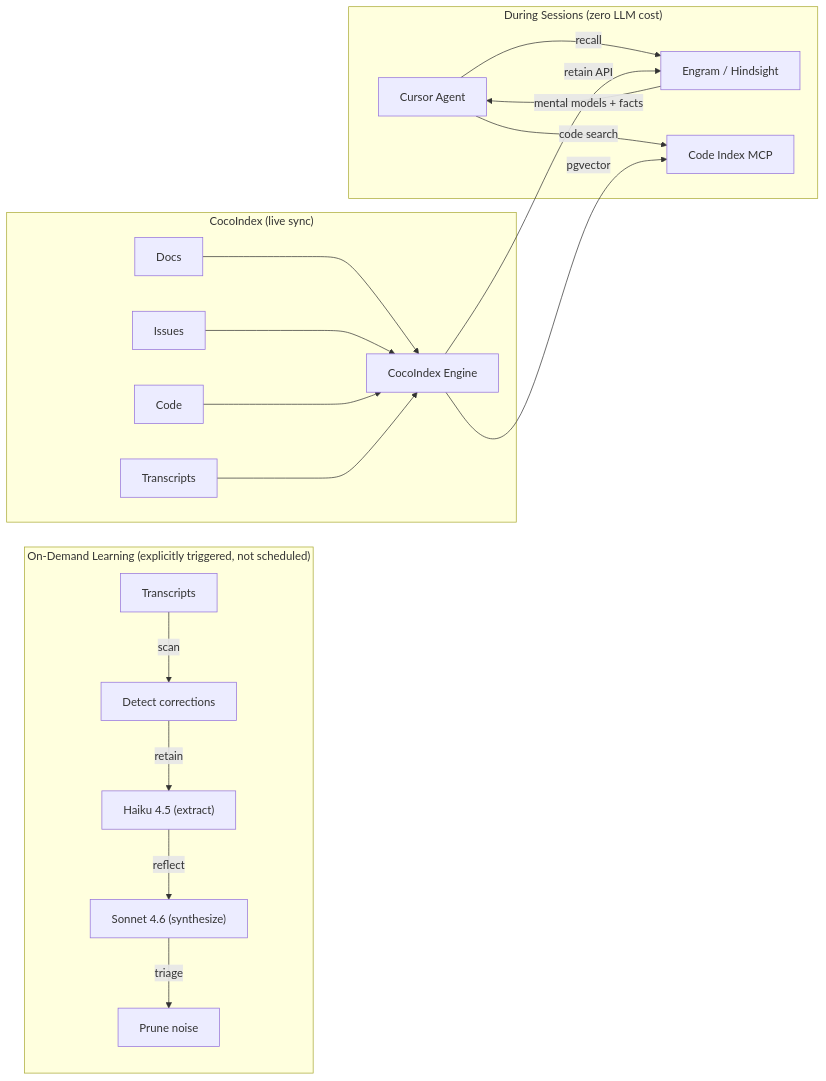
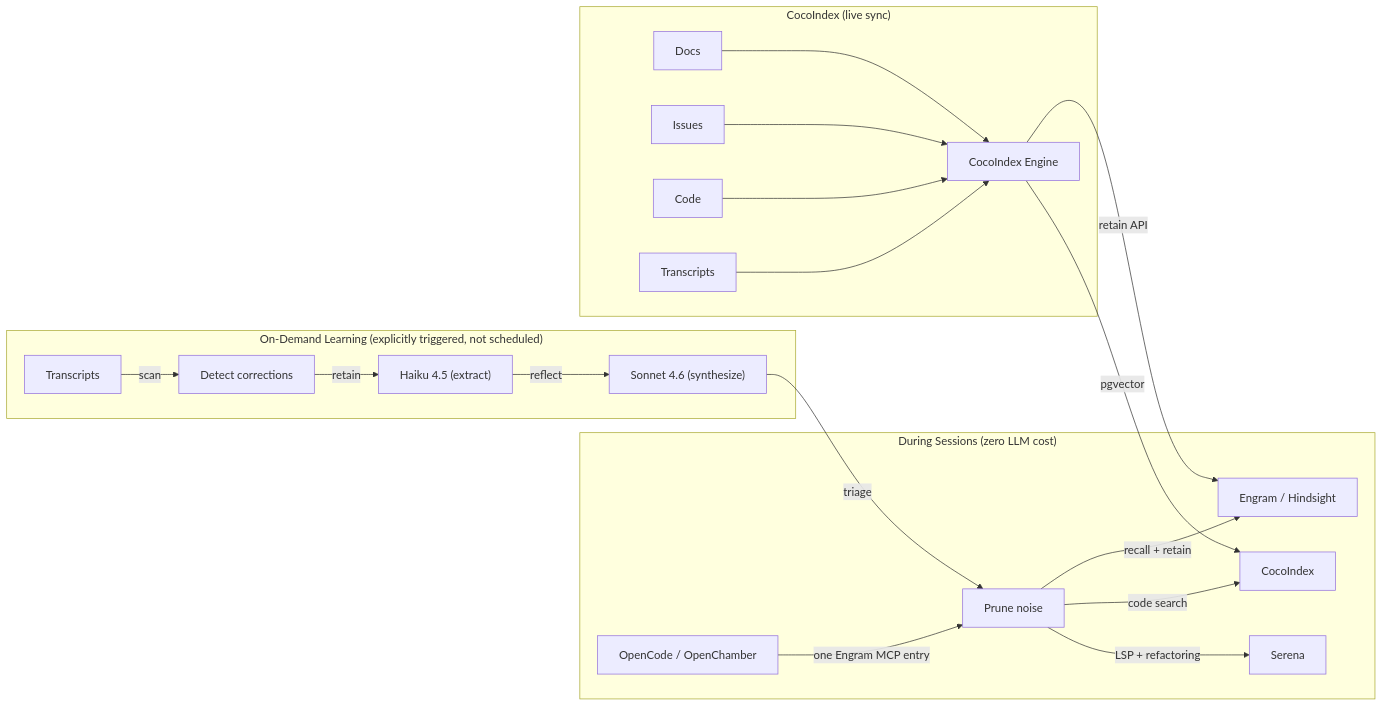
The first of 2 diagrams in README.md (jordigilh/engram), drawn with Mermaid before and after one commit. The commit also changed other lines of this file and 1 other file, not shown here.

Commit message:
docs: make OpenCode integration primary

````diff
--- a/README.md
+++ b/README.md
@@ -22,24 +22,25 @@
 ```mermaid
 flowchart LR
     subgraph session["During Sessions (zero LLM cost)"]
-        A[Cursor Agent] -->|recall| B[Engram / Hindsight]
-        B -->|"mental models + facts"| A
-        A -->|code search| CI_MCP[Code Index MCP]
+        A[OpenCode / OpenChamber] -->|one Engram MCP entry| G[Engram Gateway]
+        G -->|recall + retain| B[Engram / Hindsight]
+        G -->|code search| CI_MCP[CocoIndex]
+        G -->|LSP + refactoring| S[Serena]
     end
 
     subgraph ondemand["On-Demand Learning (explicitly triggered, not scheduled)"]
         C[Transcripts] -->|scan| D[Detect corrections]
         D -->|retain| E["Haiku 4.5 (extract)"]
         E -->|reflect| F["Sonnet 4.6 (synthesize)"]
         F -->|triage| G["Prune noise"]
     end
 
     subgraph cocoindex["CocoIndex (live sync)"]
         docs_src[Docs] --> CI[CocoIndex Engine]
         issues_src[Issues] --> CI
         code_src[Code] --> CI
         transcripts_src[Transcripts] --> CI
         CI -->|"retain API"| B
         CI -->|"pgvector"| CI_MCP
     end
 ```
````
